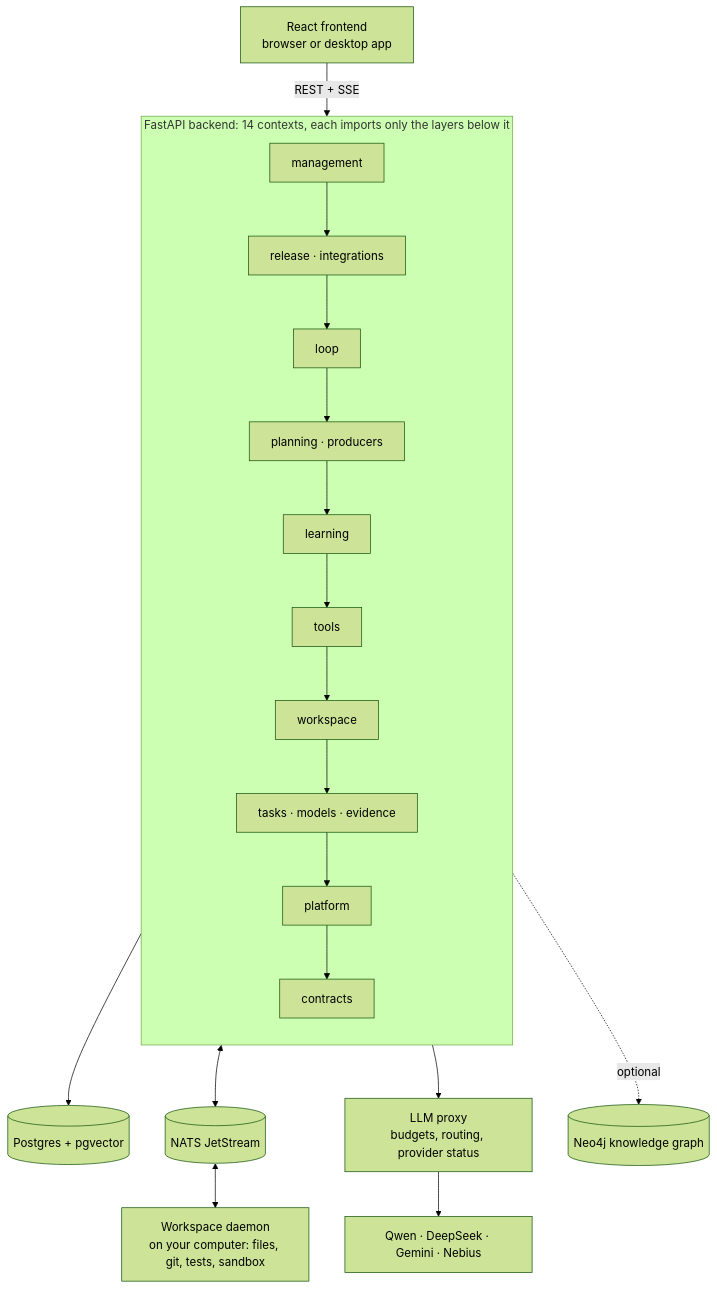
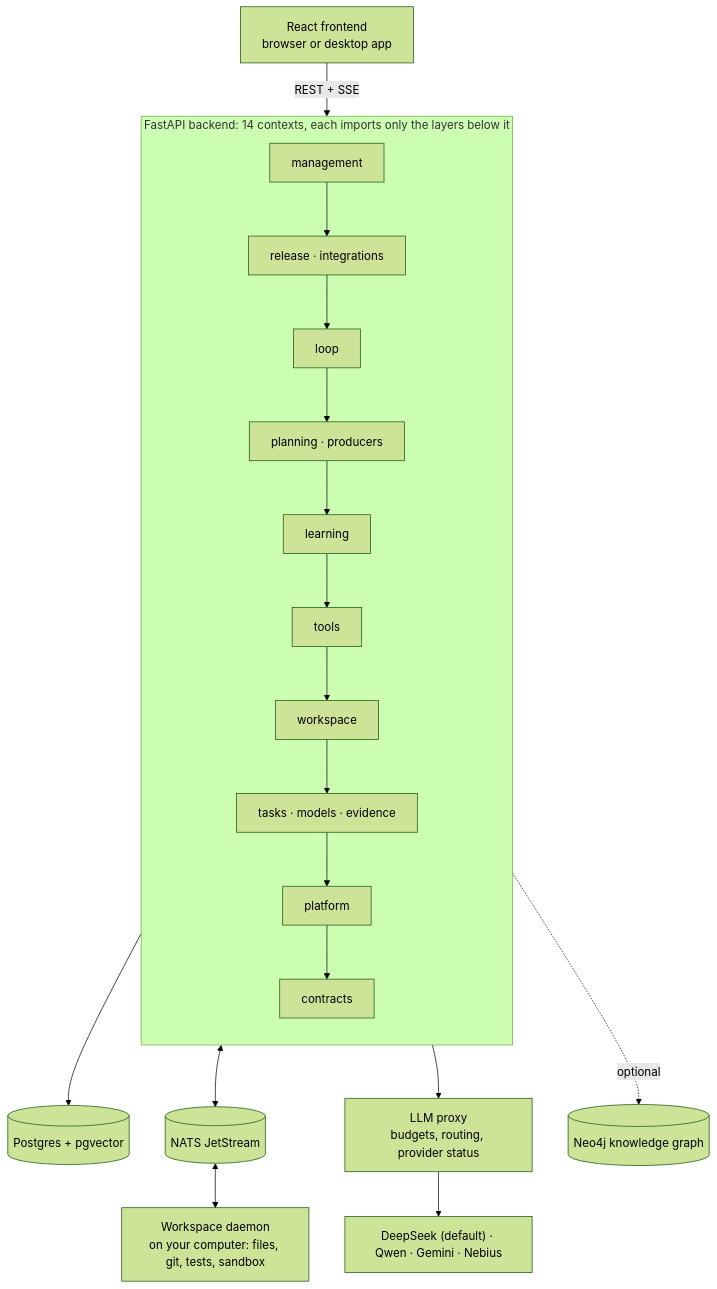
Before and after one commit to careb36/ai_entreprise: the diagram in README.md, drawn with Mermaid (forest theme). The commit also changed other lines of this file and 24 other files, not shown here.

First line of the commit message:
feat(models): the default team runs on DeepSeek alone, Pro and Flash

````diff
--- a/README.md
+++ b/README.md
@@ -209,24 +209,24 @@
 ```mermaid
 flowchart TB
     FE["React frontend<br/>browser or desktop app"] -->|"REST + SSE"| BE
 
     subgraph BE["FastAPI backend: 14 contexts, each imports only the layers below it"]
         direction TB
         L9["management"] --> L8["release · integrations"]
         L8 --> L7["loop"]
         L7 --> L6["planning · producers"]
         L6 --> L5["learning"]
         L5 --> L4["tools"]
         L4 --> L3["workspace"]
         L3 --> L2["tasks · models · evidence"]
         L2 --> L1["platform"]
         L1 --> L0["contracts"]
     end
 
     BE --> PG[("Postgres + pgvector")]
     BE <--> NATS[("NATS JetStream")]
     NATS <--> D["Workspace daemon<br/>on your computer: files, git, tests, sandbox"]
     BE --> PX["LLM proxy<br/>budgets, routing, provider status"]
-    PX --> PR["Qwen · DeepSeek · Gemini · Nebius"]
+    PX --> PR["DeepSeek (default) · Qwen · Gemini · Nebius"]
     BE -.->|optional| NEO[("Neo4j knowledge graph")]
 ```
````
